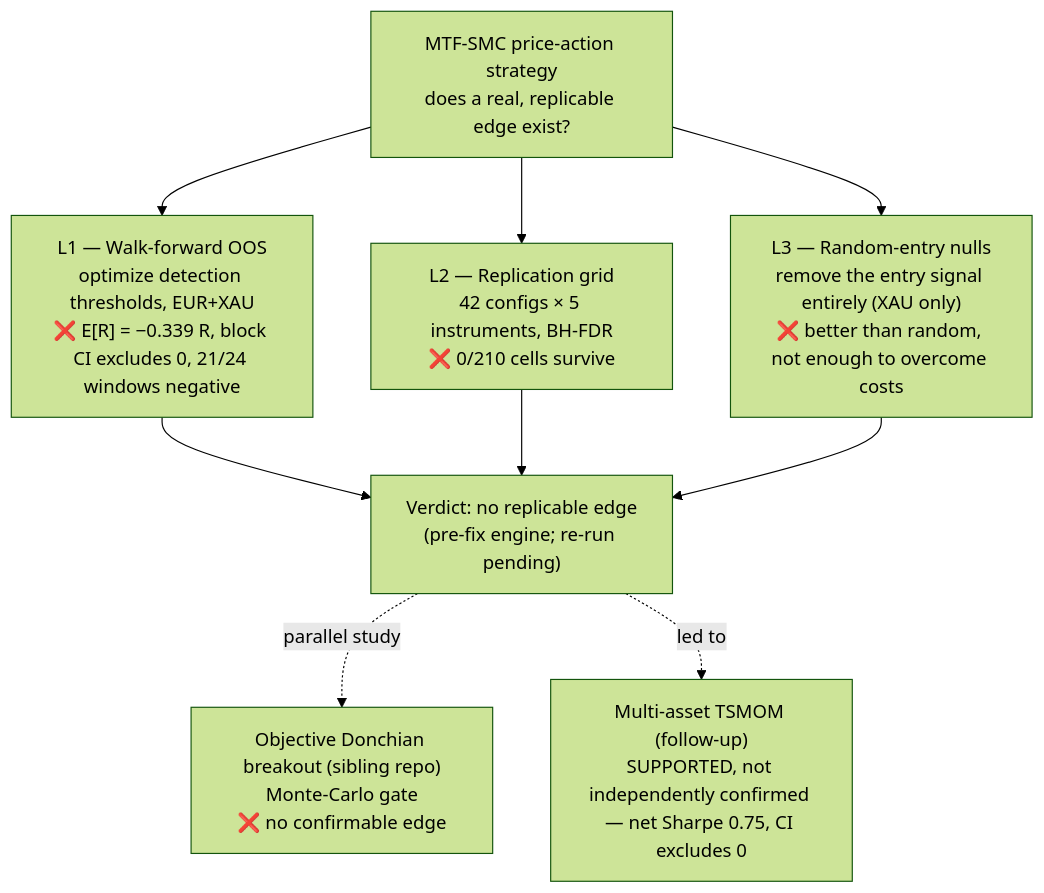
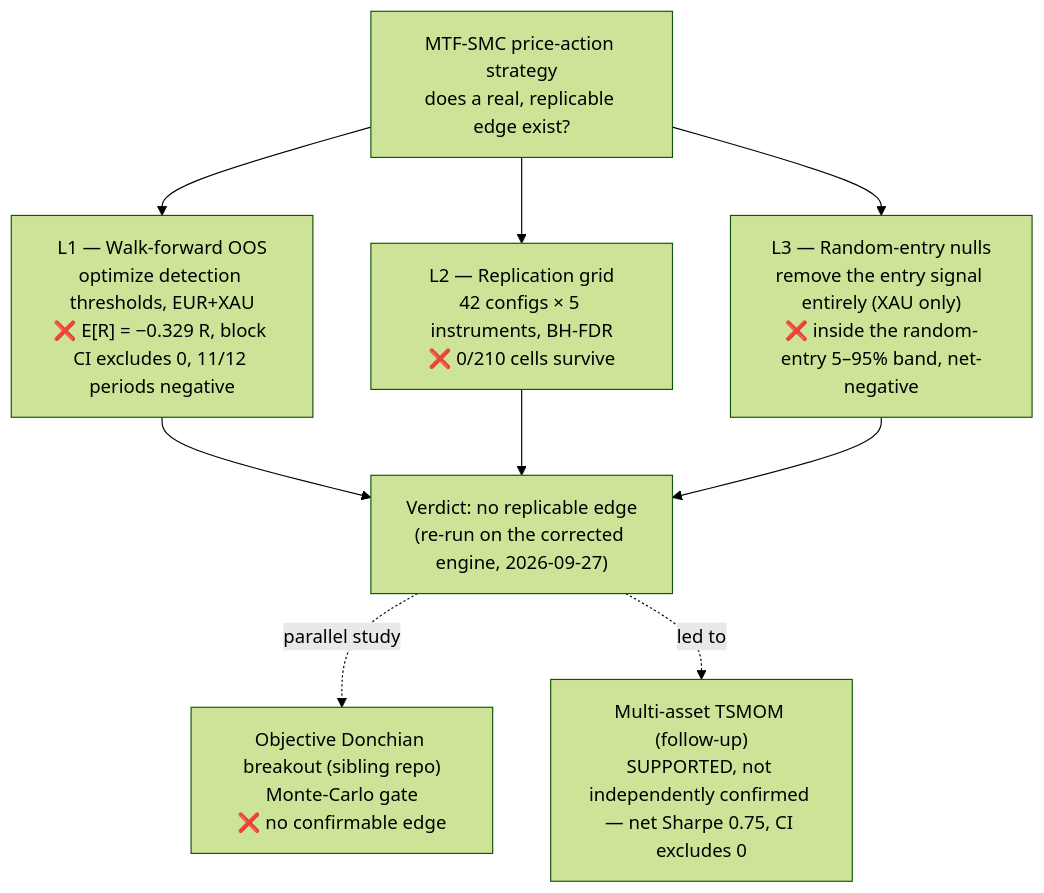
Before and after one commit to AaroNLaU0307/quant-backtest-framework: the diagram in README.md, drawn with Mermaid (forest theme). The commit also changed other lines of this file and 33 other files, not shown here.

First line of the commit message:
Re-run the study on the corrected engine (RERUN_RUNBOOK.md; addendum §11)

````diff
--- a/README.md
+++ b/README.md
@@ -50,15 +47,15 @@
 ```mermaid
 flowchart TD
     Q["MTF-SMC price-action strategy<br/>does a real, replicable edge exist?"]
 
-    Q --> L1["L1 — Walk-forward OOS<br/>optimize detection thresholds, EUR+XAU<br/>❌ E[R] = −0.339 R, block CI excludes 0, 21/24 windows negative"]
+    Q --> L1["L1 — Walk-forward OOS<br/>optimize detection thresholds, EUR+XAU<br/>❌ E[R] = −0.329 R, block CI excludes 0, 11/12 periods negative"]
     Q --> L2["L2 — Replication grid<br/>42 configs × 5 instruments, BH-FDR<br/>❌ 0/210 cells survive"]
-    Q --> L3["L3 — Random-entry nulls<br/>remove the entry signal entirely (XAU only)<br/>❌ better than random, not enough to overcome costs"]
+    Q --> L3["L3 — Random-entry nulls<br/>remove the entry signal entirely (XAU only)<br/>❌ inside the random-entry 5–95% band, net-negative"]
 
-    L1 --> V["Verdict: no replicable edge<br/>(pre-fix engine; re-run pending)"]
+    L1 --> V["Verdict: no replicable edge<br/>(re-run on the corrected engine, 2026-09-27)"]
     L2 --> V
     L3 --> V
 
     V -. parallel study .-> SIB["Objective Donchian breakout (sibling repo)<br/>Monte-Carlo gate<br/>❌ no confirmable edge"]
     V -. led to .-> FU["Multi-asset TSMOM (follow-up)<br/>SUPPORTED, not independently confirmed — net Sharpe 0.75, CI excludes 0"]
 ```
````
